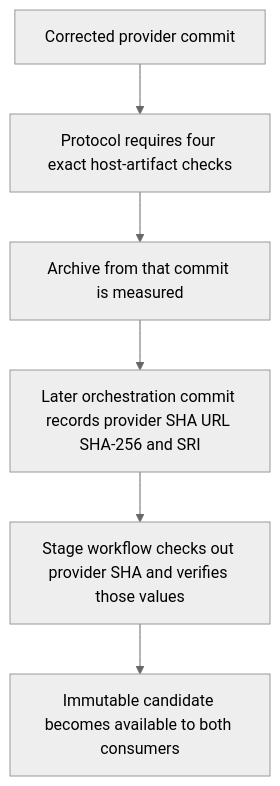
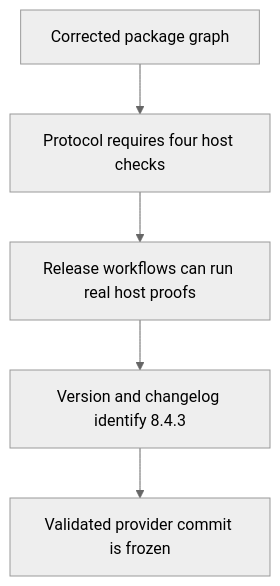
One commit to RebelliousSmile/schema-pbta changed the first of 2 diagrams in aidd_docs/tasks/2026_09/2026_09_25_commonjs_safe_browser_asset_export/phase-2.md. Above: the diagram before and after it, drawn with Mermaid (neutral theme). The commit also changed other lines of this file and 15 other files, not shown here.

Commit message:
fix(release-train): require runnable host artifacts

````diff
--- a/aidd_docs/tasks/2026_09/2026_09_25_commonjs_safe_browser_asset_export/phase-2.md
+++ b/aidd_docs/tasks/2026_09/2026_09_25_commonjs_safe_browser_asset_export/phase-2.md
@@ -28,8 +27,7 @@
 ```mermaid
 flowchart TD
-  A[Corrected provider commit] --> B[Protocol requires four exact host-artifact checks]
-  B --> C[Archive from that commit is measured]
-  C --> D[Later orchestration commit records provider SHA URL SHA-256 and SRI]
-  D --> E[Stage workflow checks out provider SHA and verifies those values]
-  E --> F[Immutable candidate becomes available to both consumers]
+  A[Corrected package graph] --> B[Protocol requires four host checks]
+  B --> C[Release workflows can run real host proofs]
+  C --> D[Version and changelog identify 8.4.3]
+  D --> E[Validated provider commit is frozen]
 ```
````
